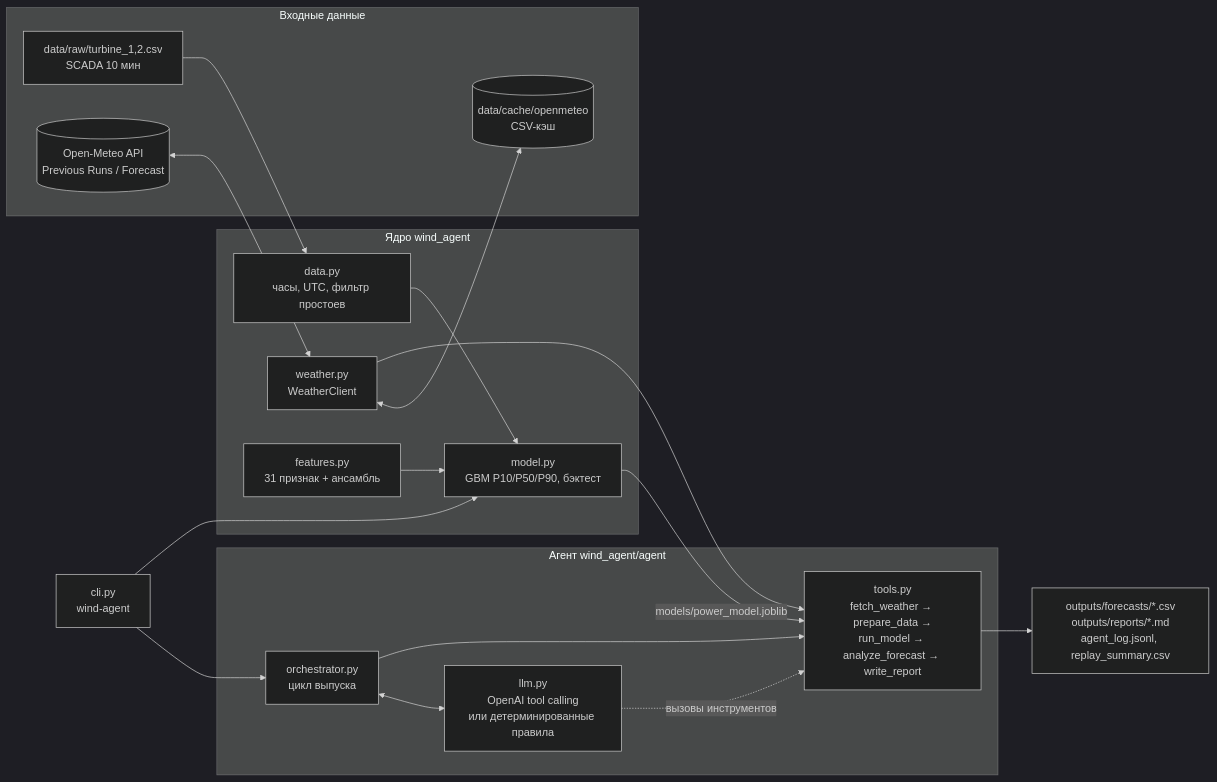
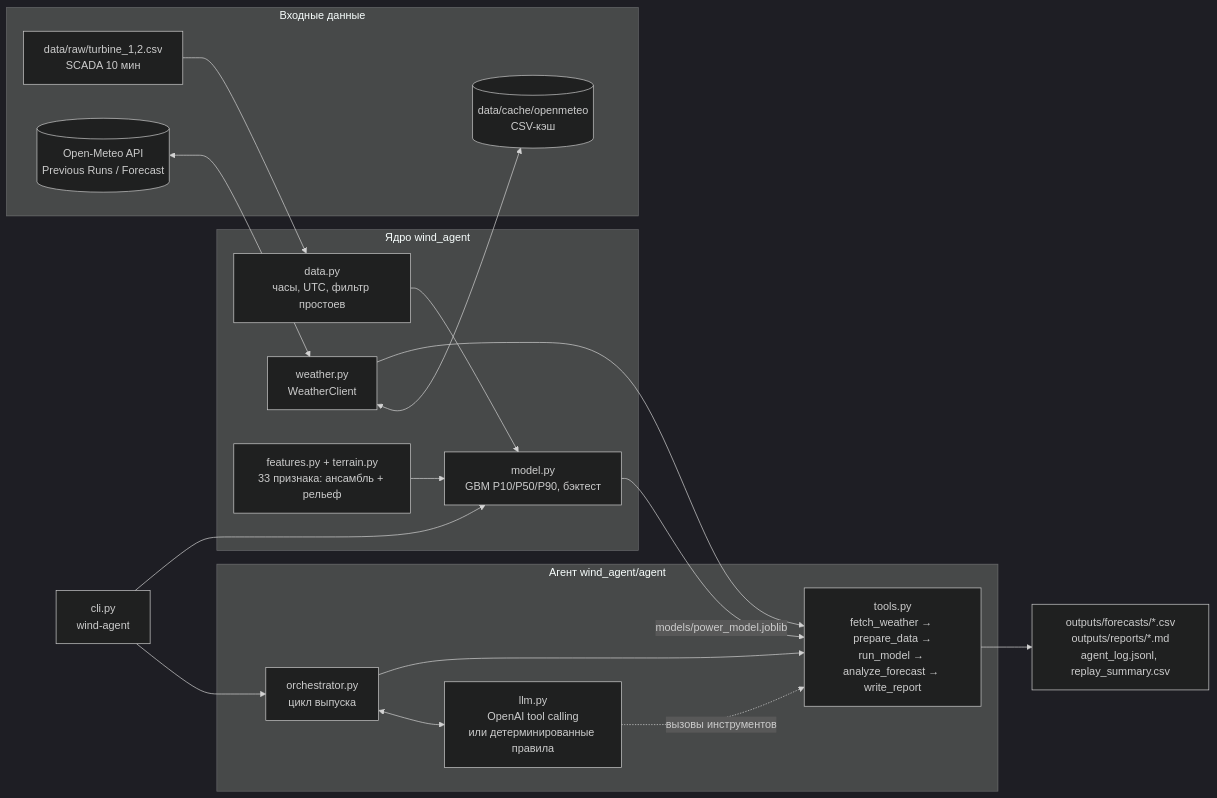
Before and after one commit to BAITC-Hacks/hack-ce353db6-pipevision: the diagram in README.md, drawn with Mermaid (dark theme). The commit also changed other lines of this file and 12 other files, not shown here.

````diff
--- a/README.md
+++ b/README.md
@@ -134,33 +135,33 @@
 ```mermaid
 flowchart LR
     subgraph INP[Входные данные]
         SCADA[data/raw/turbine_1,2.csv<br/>SCADA 10 мин]
         OM[(Open-Meteo API<br/>Previous Runs / Forecast)]
         CACHE[(data/cache/openmeteo<br/>CSV-кэш)]
     end
     subgraph CORE[Ядро wind_agent]
         W[weather.py<br/>WeatherClient]
         D[data.py<br/>часы, UTC, фильтр простоев]
-        F[features.py<br/>31 признак + ансамбль]
+        F[features.py + terrain.py<br/>33 признака: ансамбль + рельеф]
         M[model.py<br/>GBM P10/P50/P90, бэктест]
     end
     subgraph AG[Агент wind_agent/agent]
         O[orchestrator.py<br/>цикл выпуска]
         T[tools.py<br/>fetch_weather → prepare_data →<br/>run_model → analyze_forecast → write_report]
         L[llm.py<br/>OpenAI tool calling<br/>или детерминированные правила]
     end
     OUT[outputs/forecasts/*.csv<br/>outputs/reports/*.md<br/>agent_log.jsonl, replay_summary.csv]
     CLI[cli.py<br/>wind-agent] --> O
     CLI --> M
     OM <--> W
     W <--> CACHE
     SCADA --> D
     W --> T
     D --> M
     F --> M
     M -->|models/power_model.joblib| T
     O <--> L
     O --> T
     L -. вызовы инструментов .-> T
     T --> OUT
 ```
````
